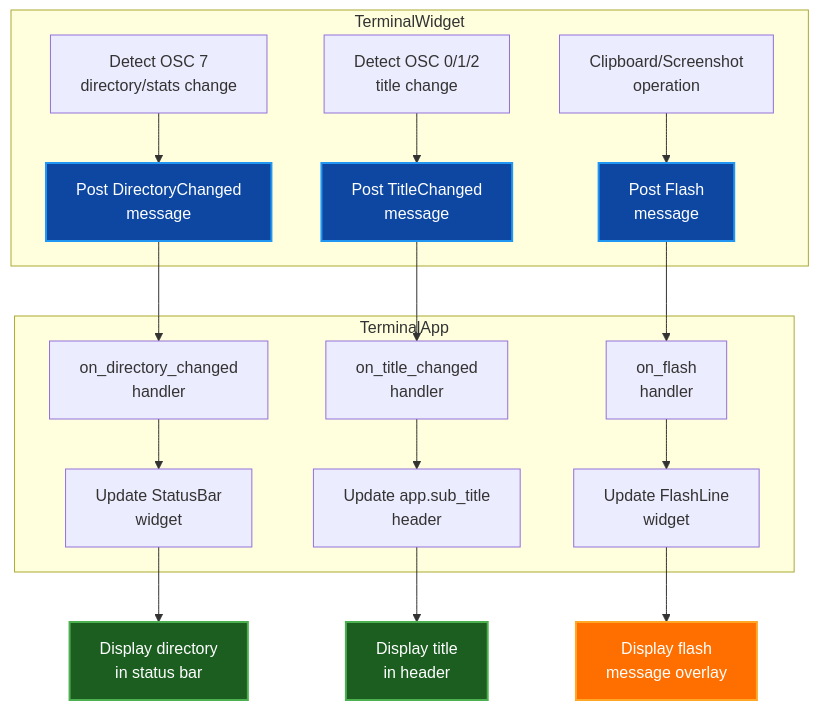
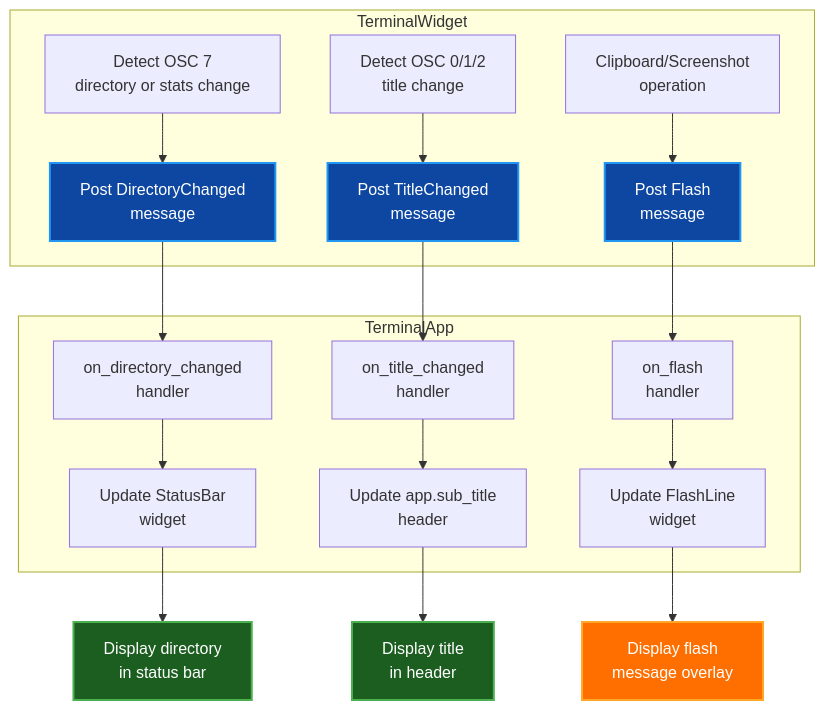
The fifth of 7 diagrams in docs/ARCHITECTURE.md (paulrobello/par-term-emu-tui-rust), drawn with Mermaid before and after one commit. The commit also changed other lines of this file and 32 other files, not shown here.

````diff
--- a/docs/ARCHITECTURE.md
+++ b/docs/ARCHITECTURE.md
@@ -898,29 +998,29 @@
 ```mermaid
 graph TB
     subgraph "TerminalWidget"
-        A[Detect OSC 7<br/>directory/stats change] --> B[Post DirectoryChanged<br/>message]
+        A[Detect OSC 7<br/>directory or stats change] --> B[Post DirectoryChanged<br/>message]
         C[Detect OSC 0/1/2<br/>title change] --> D[Post TitleChanged<br/>message]
         E[Clipboard/Screenshot<br/>operation] --> F[Post Flash<br/>message]
     end
 
     subgraph "TerminalApp"
         B --> G[on_directory_changed<br/>handler]
         D --> H[on_title_changed<br/>handler]
         F --> I[on_flash<br/>handler]
 
         G --> J[Update StatusBar<br/>widget]
         H --> K[Update app.sub_title<br/>header]
         I --> L[Update FlashLine<br/>widget]
     end
 
     J --> M[Display directory<br/>in status bar]
     K --> N[Display title<br/>in header]
     L --> O[Display flash<br/>message overlay]
 
     style B fill:#0d47a1,stroke:#2196f3,stroke-width:2px,color:#ffffff
     style D fill:#0d47a1,stroke:#2196f3,stroke-width:2px,color:#ffffff
     style F fill:#0d47a1,stroke:#2196f3,stroke-width:2px,color:#ffffff
     style M fill:#1b5e20,stroke:#4caf50,stroke-width:2px,color:#ffffff
     style N fill:#1b5e20,stroke:#4caf50,stroke-width:2px,color:#ffffff
     style O fill:#ff6f00,stroke:#ffa726,stroke-width:2px,color:#ffffff
 ```
````
